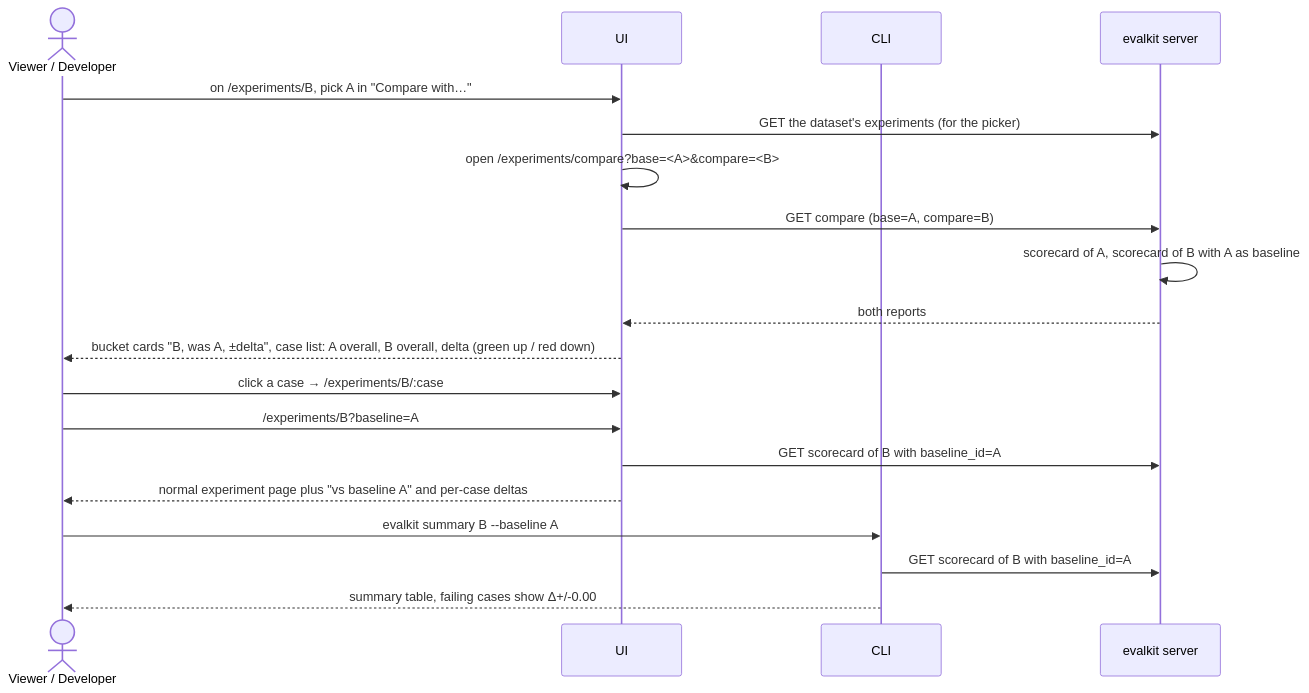
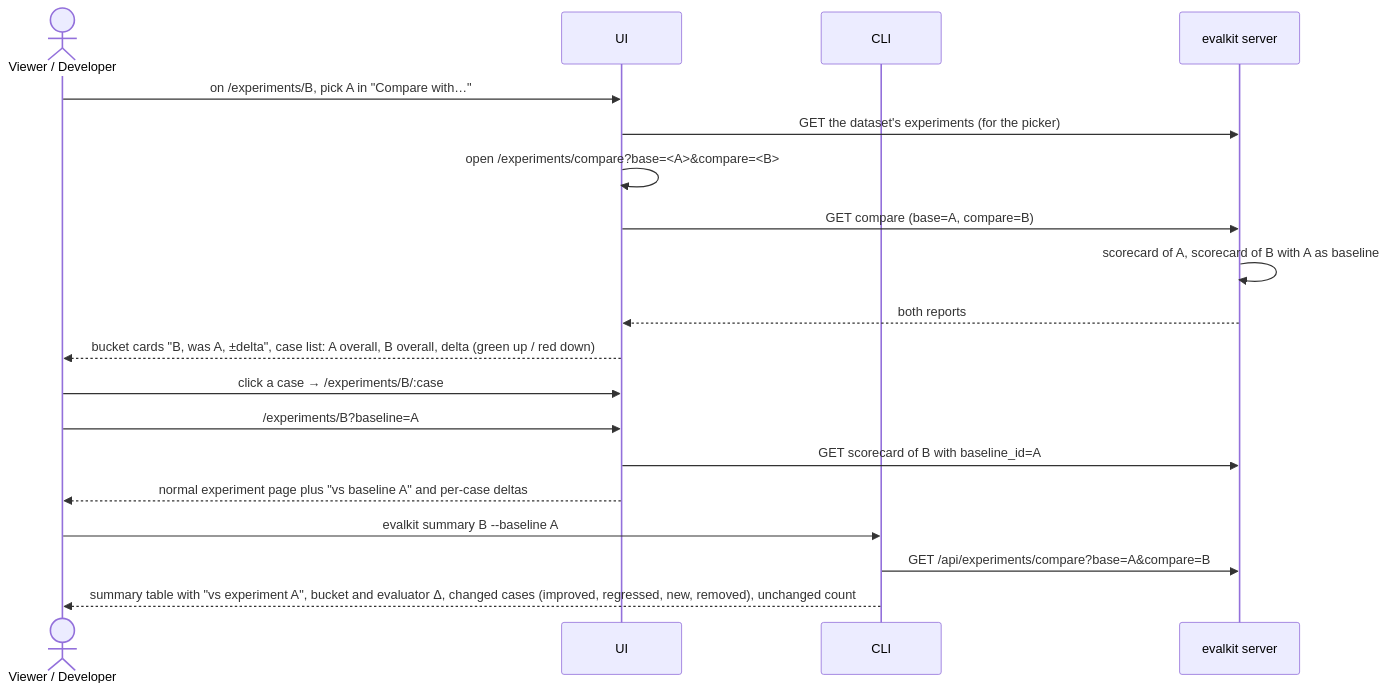
Before and after one commit to inferedge-ai/evalkit: the diagram in docs/flows/10-compare-experiments.md, drawn with Mermaid. The commit also changed other lines of this file and 9 other files, not shown here.

First line of the commit message:
summary --baseline: show bucket, evaluator and per-case deltas (#47)

````diff
--- a/docs/flows/10-compare-experiments.md
+++ b/docs/flows/10-compare-experiments.md
@@ -14,24 +14,24 @@
 ```mermaid
 sequenceDiagram
   actor V as Viewer / Developer
   participant UI
   participant CLI
   participant S as evalkit server
 
   V->>UI: on /experiments/B, pick A in "Compare with…"
   UI->>S: GET the dataset's experiments (for the picker)
   UI->>UI: open /experiments/compare?base=#lt;A#gt;&compare=#lt;B#gt;
   UI->>S: GET compare (base=A, compare=B)
   S->>S: scorecard of A, scorecard of B with A as baseline
   S-->>UI: both reports
   UI-->>V: bucket cards "B, was A, ±delta", case list: A overall, B overall, delta (green up / red down)
   V->>UI: click a case → /experiments/B/:case
 
   V->>UI: /experiments/B?baseline=A
   UI->>S: GET scorecard of B with baseline_id=A
   UI-->>V: normal experiment page plus "vs baseline A" and per-case deltas
 
   V->>CLI: evalkit summary B --baseline A
-  CLI->>S: GET scorecard of B with baseline_id=A
-  CLI-->>V: summary table, failing cases show Δ+/-0.00
+  CLI->>S: GET /api/experiments/compare?base=A&compare=B
+  CLI-->>V: summary table with "vs experiment A", bucket and evaluator Δ, changed cases (improved, regressed, new, removed), unchanged count
 ```
````
